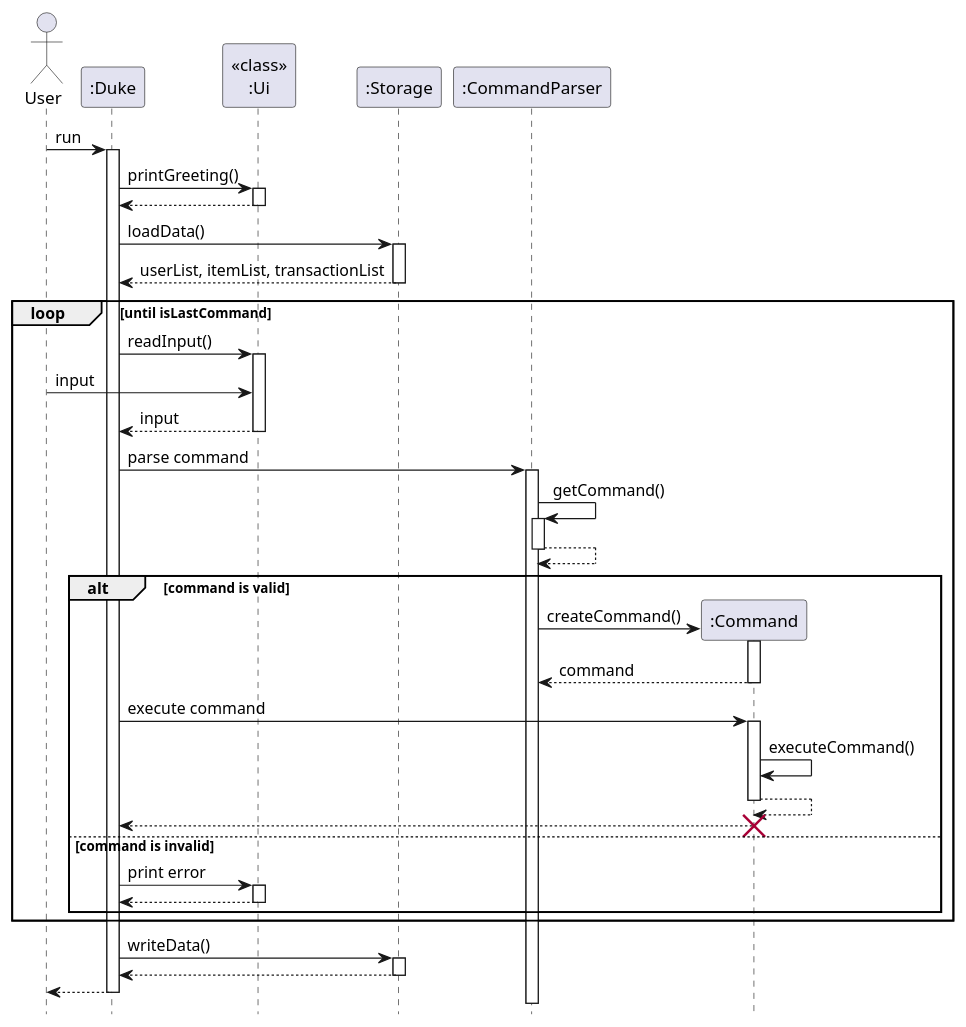
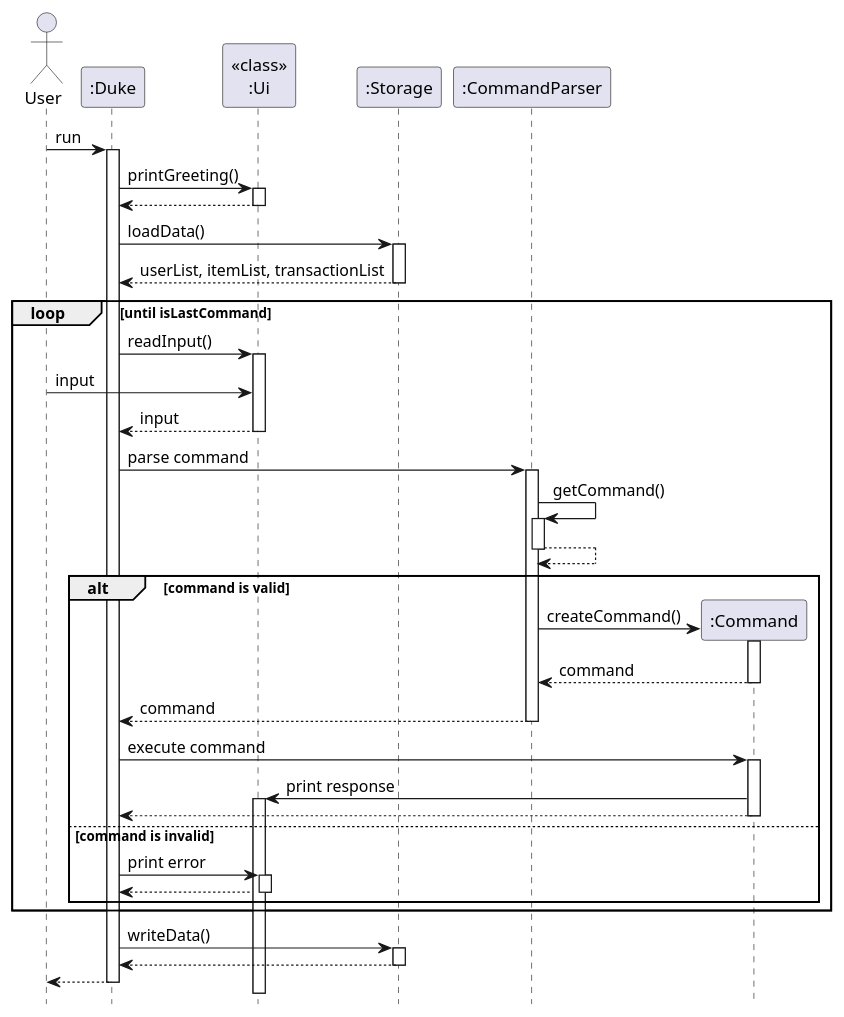
The diagram in docs/diagrams/duke/DukeSequence.puml (nus-cs2113-AY2223S1/tp), drawn with PlantUML before and after one commit. The commit also changed 13 other files, not shown here.

Commit message:
Update diagrams

```diff
--- a/docs/diagrams/duke/DukeSequence.puml
+++ b/docs/diagrams/duke/DukeSequence.puml
@@ -1,54 +1,53 @@
 @startuml
 hide footbox
 
 Actor User
 User -> ":Duke" : run
 activate ":Duke"
 ":Duke" -> "<<class>>\n:Ui" : printGreeting()
 activate "<<class>>\n:Ui"
 "<<class>>\n:Ui" --> ":Duke"
 deactivate "<<class>>\n:Ui"
 ":Duke" -> ":Storage" : loadData()
 activate ":Storage"
 return userList, itemList, transactionList
 loop until isLastCommand
     ":Duke" -> "<<class>>\n:Ui": readInput()
     activate "<<class>>\n:Ui"
     User -> "<<class>>\n:Ui" : input
     return input
     ":Duke" -> ":CommandParser" : parse command
     activate ":CommandParser"
     ":CommandParser" -> ":CommandParser" : getCommand()
     activate ":CommandParser"
     ":CommandParser" --> ":CommandParser"
     deactivate ":CommandParser"
 
     alt command is valid
         create ":Command"
         ":CommandParser" -> ":Command": createCommand()
         activate ":Command"
         return command
+        return command
         ":Duke" -> ":Command" : execute command
         activate ":Command"
-        ":Command" -> ":Command" : executeCommand()
-        ":Command" --> ":Command"
-        deactivate ":Command"
+        ":Command" -> "<<class>>\n:Ui": print response
+        activate "<<class>>\n:Ui"
         ":Command" --> ":Duke"
         deactivate ":Command"
-        destroy ":Command"
 
     else command is invalid
         ":Duke" -> "<<class>>\n:Ui" : print error
         activate "<<class>>\n:Ui"
         "<<class>>\n:Ui" --> ":Duke"
         deactivate "<<class>>\n:Ui"
     end
 end
 
 ":Duke" -> ":Storage" : writeData()
 activate ":Storage"
 return
 ":Duke" --> "User"
 deactivate ":Duke"
 
 @enduml
```
